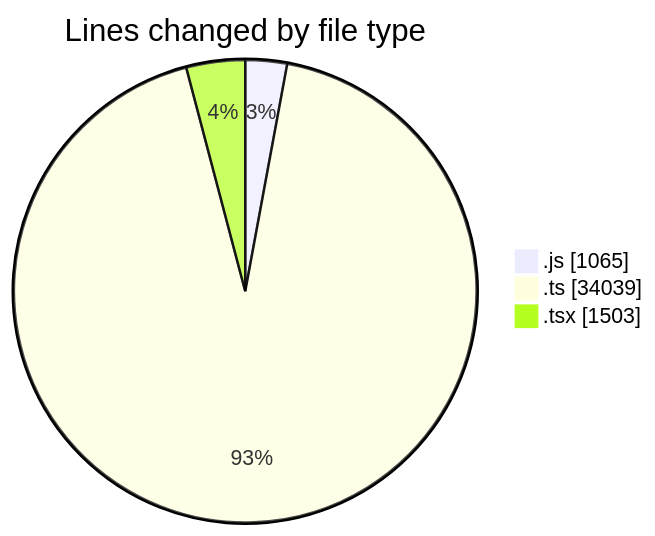
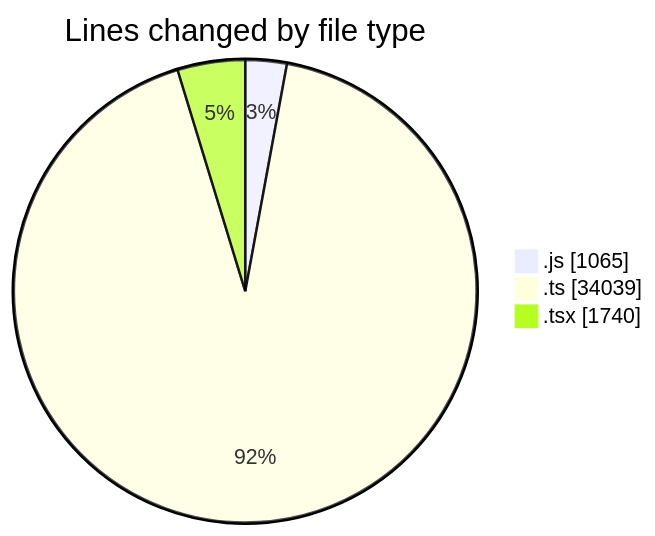
The first of 2 diagrams in 2026-10-06/cda/README.md (momahboobian/code-tracking), drawn with Mermaid before and after one commit. The commit also changed other lines of this file and 1 other file, not shown here.

````diff
--- a/2026-10-06/cda/README.md
+++ b/2026-10-06/cda/README.md
@@ -43,7 +44,7 @@
 ```mermaid
 pie showData
 title Lines changed by file type
 ".js" : 1065
 ".ts" : 34039
-".tsx" : 1503
+".tsx" : 1740
 ```
````
